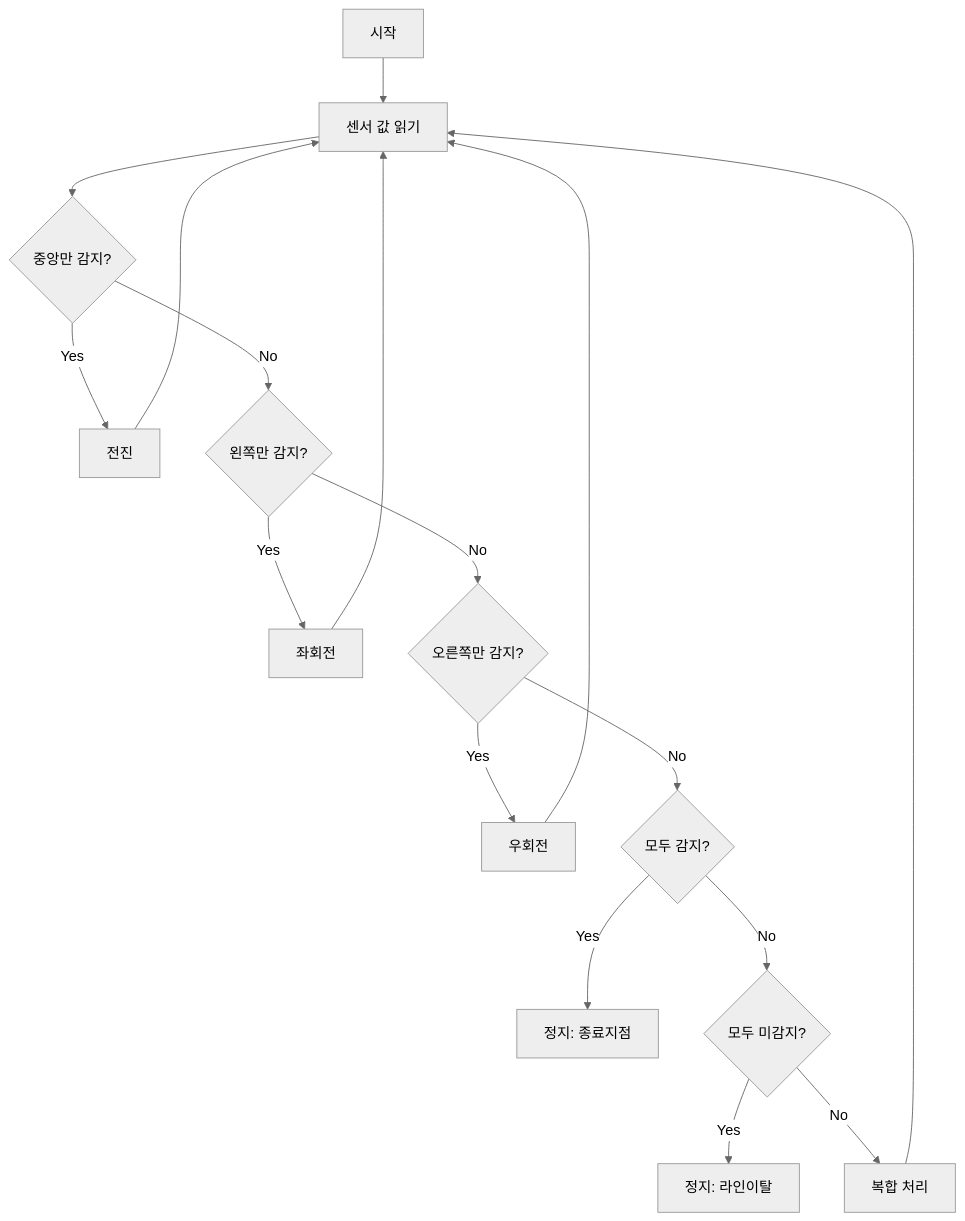
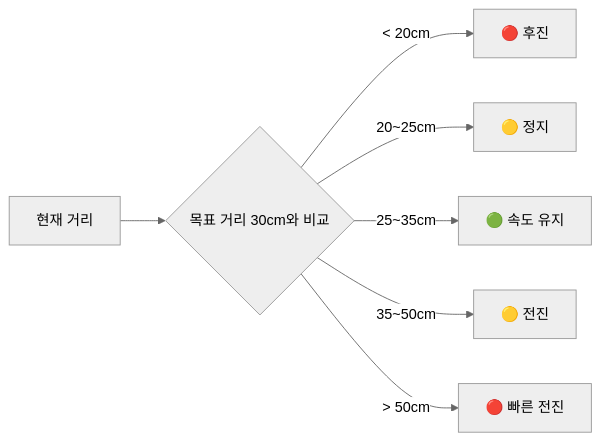
Before and after one commit to Collegenie-X/Arduino_AutoPlot: diagram 14 of 17 in document/curriculum_autoplot_2day.md, drawn with Mermaid (neutral theme). The commit also changed other lines of this file and 3 other files, not shown here.

````diff
--- a/document/curriculum_autoplot_2day.md
+++ b/document/curriculum_autoplot_2day.md
@@ -417,19 +766,9 @@
 ```mermaid
-flowchart TD
-    A[시작] --> B[센서 값 읽기]
-    B --> C{중앙만 감지?}
-    C -->|Yes| D[전진]
-    C -->|No| E{왼쪽만 감지?}
-    E -->|Yes| F[좌회전]
-    E -->|No| G{오른쪽만 감지?}
-    G -->|Yes| H[우회전]
-    G -->|No| I{모두 감지?}
-    I -->|Yes| J[정지: 종료지점]
-    I -->|No| K{모두 미감지?}
-    K -->|Yes| L[정지: 라인이탈]
-    K -->|No| M[복합 처리]
-    D --> B
-    F --> B
-    H --> B
-    M --> B
+flowchart LR
+    A[현재 거리] --> B{목표 거리 30cm와 비교}
+    B -->|< 20cm| C[🔴 후진]
+    B -->|20~25cm| D[🟡 정지]
+    B -->|25~35cm| E[🟢 속도 유지]
+    B -->|35~50cm| F[🟡 전진]
+    B -->|> 50cm| G[🔴 빠른 전진]
 ```
````
